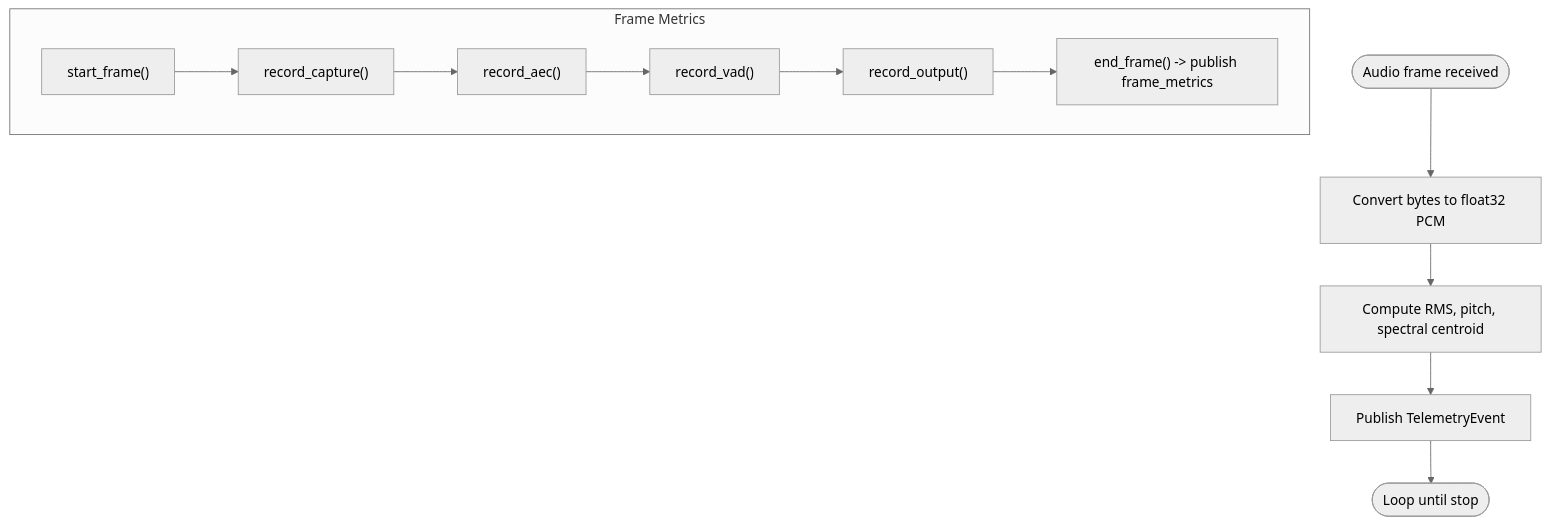
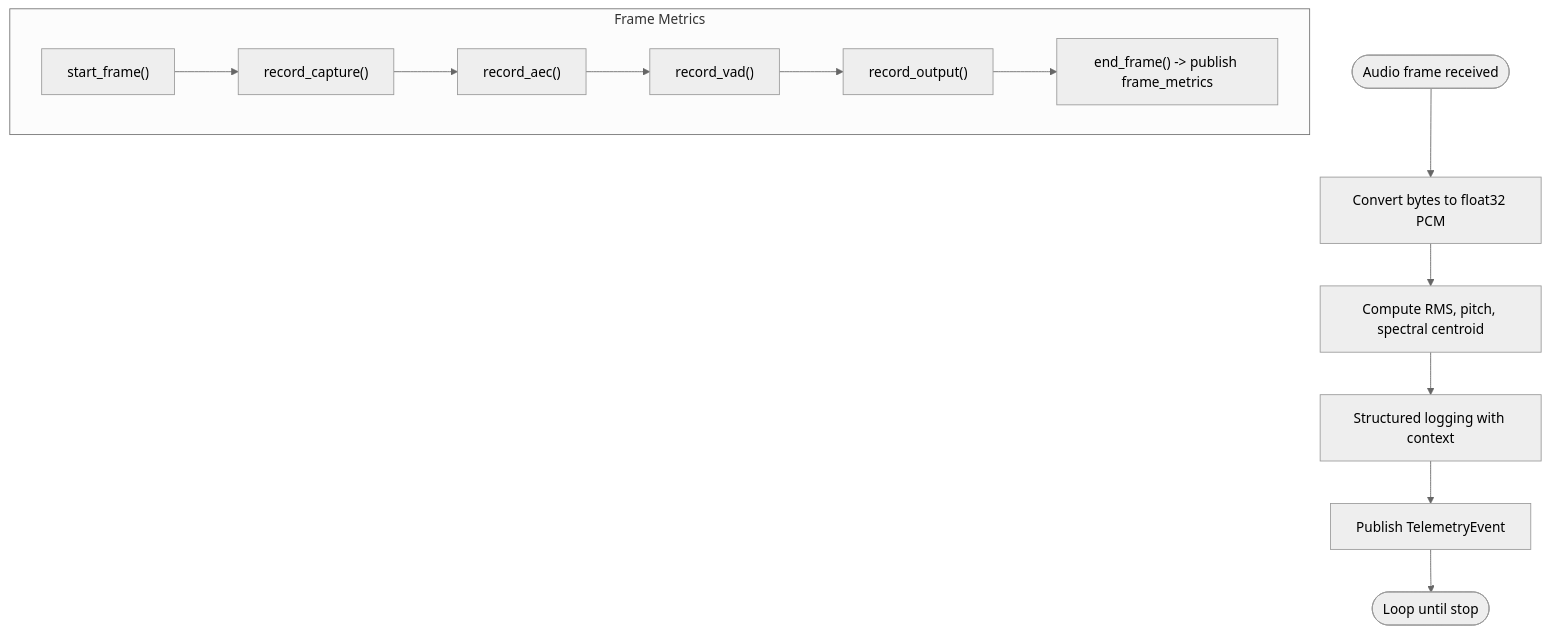
Before and after one commit to Moeabdelaziz007/Aether-Voice-OS: the fourth of 12 diagrams in .qoder/repowiki/en/content/Deployment and Operations/Monitoring and Operational Logging.md, drawn with Mermaid (neutral theme). The commit also changed other lines of this file and 29 other files, not shown here.

````diff
--- a/.qoder/repowiki/en/content/Deployment and Operations/Monitoring and Operational Logging.md
+++ b/.qoder/repowiki/en/content/Deployment and Operations/Monitoring and Operational Logging.md
@@ -196,14 +219,15 @@
 ```mermaid
 flowchart TD
 Start(["Audio frame received"]) --> Convert["Convert bytes to float32 PCM"]
 Convert --> Features["Compute RMS, pitch, spectral centroid"]
-Features --> Publish["Publish TelemetryEvent"]
+Features --> Structlog["Structured logging with context"]
+Structlog --> Publish["Publish TelemetryEvent"]
 Publish --> End(["Loop until stop"])
 subgraph "Frame Metrics"
 FStart["start_frame()"] --> Capture["record_capture()"]
 Capture --> AEC["record_aec()"]
 AEC --> VAD["record_vad()"]
 VAD --> Output["record_output()"]
 Output --> FEnd["end_frame() -> publish frame_metrics"]
 end
 ```
````
